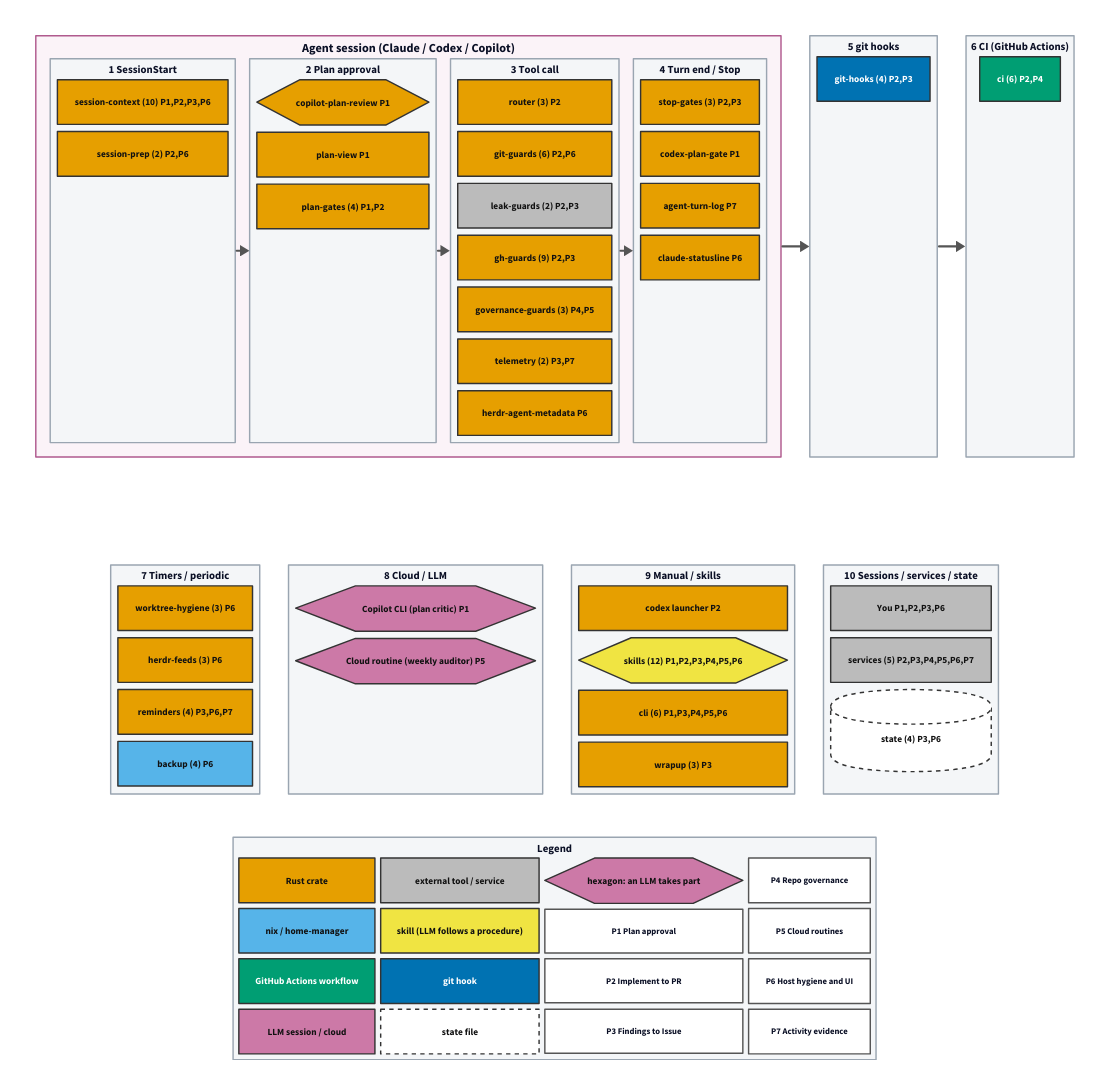
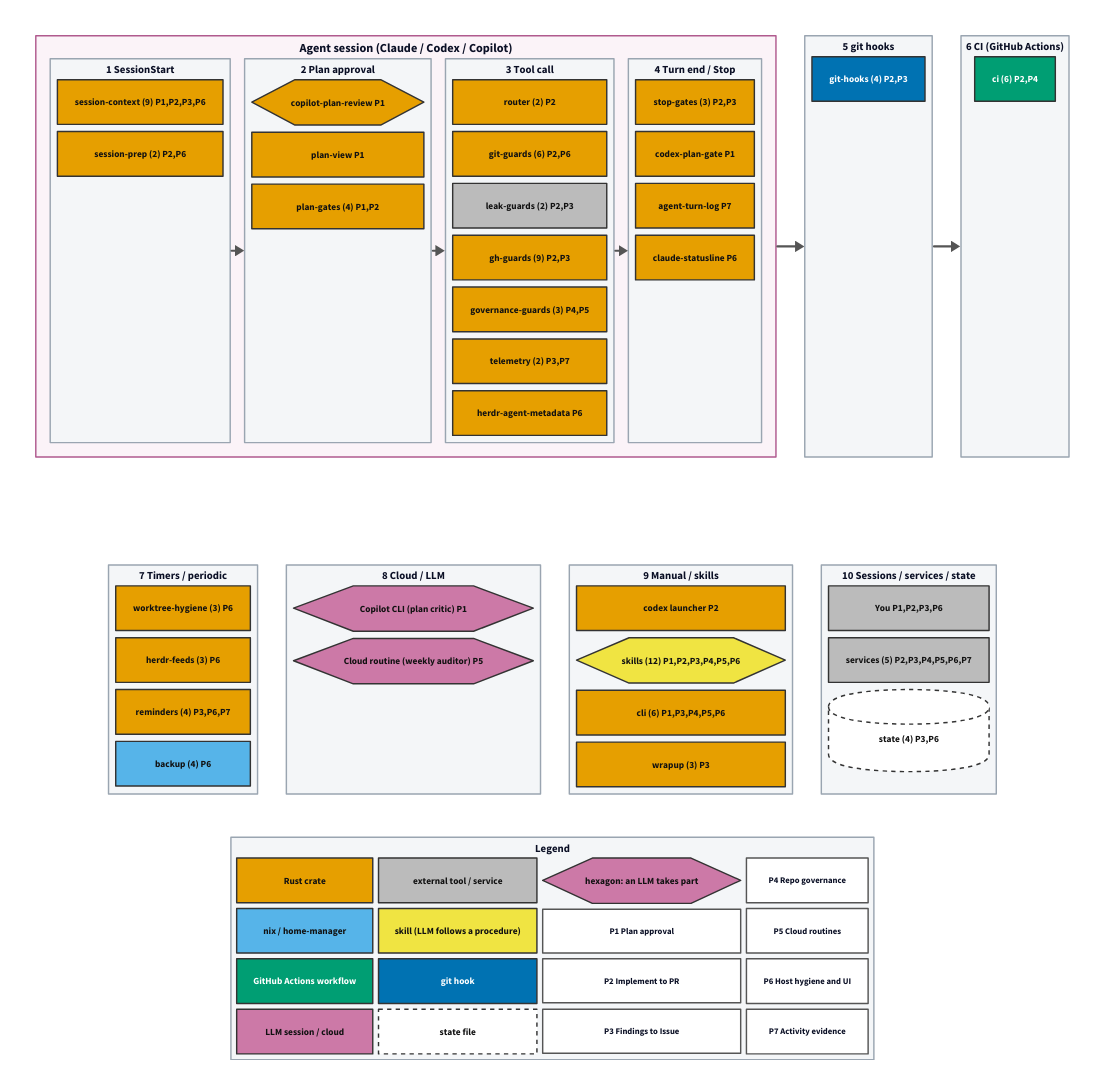
One commit to tarotene/dotfiles changed the diagram in docs/assets/pipeline-map/overview.d2. Above: the diagram before and after it, drawn with D2. The commit also changed 35 other files, not shown here.

```diff
--- a/docs/assets/pipeline-map/overview.d2
+++ b/docs/assets/pipeline-map/overview.d2
@@ -178,7 +178,7 @@
       class: lane
       grid-columns: 1
       grid-gap: 10
-      g_session_context: "session-context (10)  P1,P2,P3,P6" {
+      g_session_context: "session-context (9)  P1,P2,P3,P6" {
         class: s_rust
       }
       g_session_prep: "session-prep (2)  P2,P6" {
@@ -204,7 +204,7 @@
       class: lane
       grid-columns: 1
       grid-gap: 10
-      g_router: "router (3)  P2" {
+      g_router: "router (2)  P2" {
         class: s_rust
       }
       g_git_guards: "git-guards (6)  P2,P6" {
```
